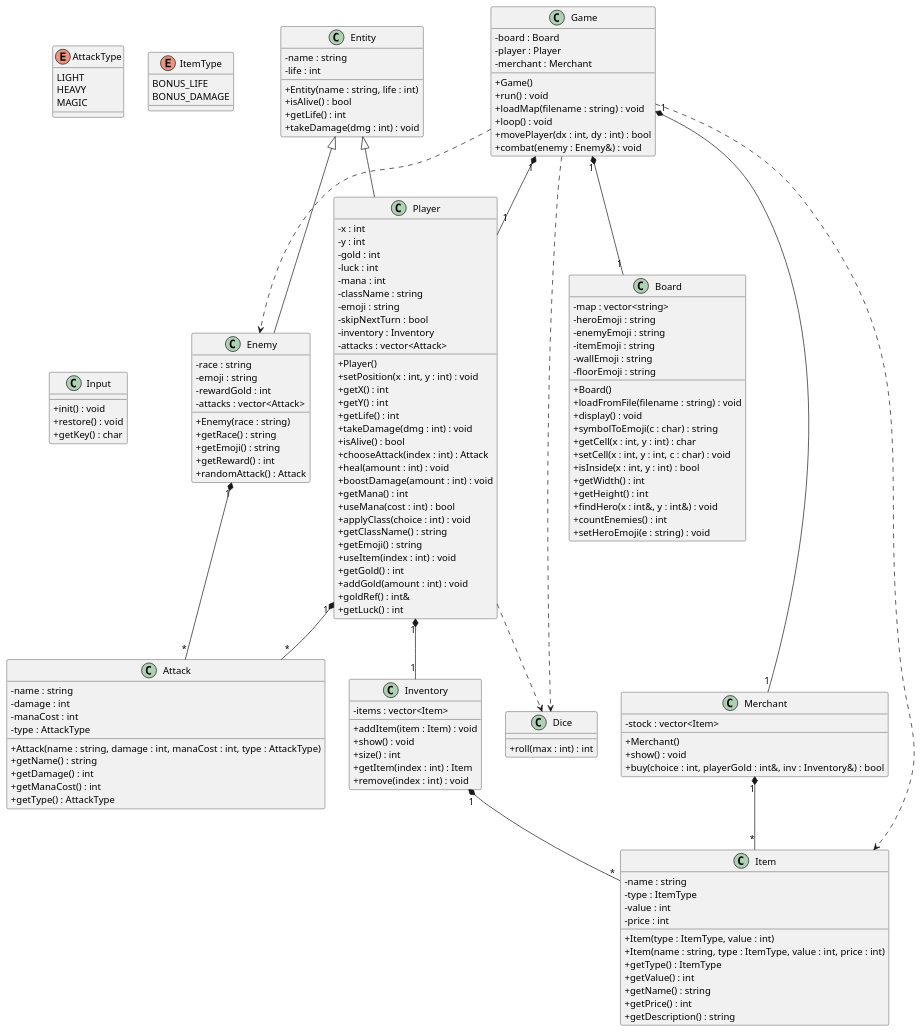
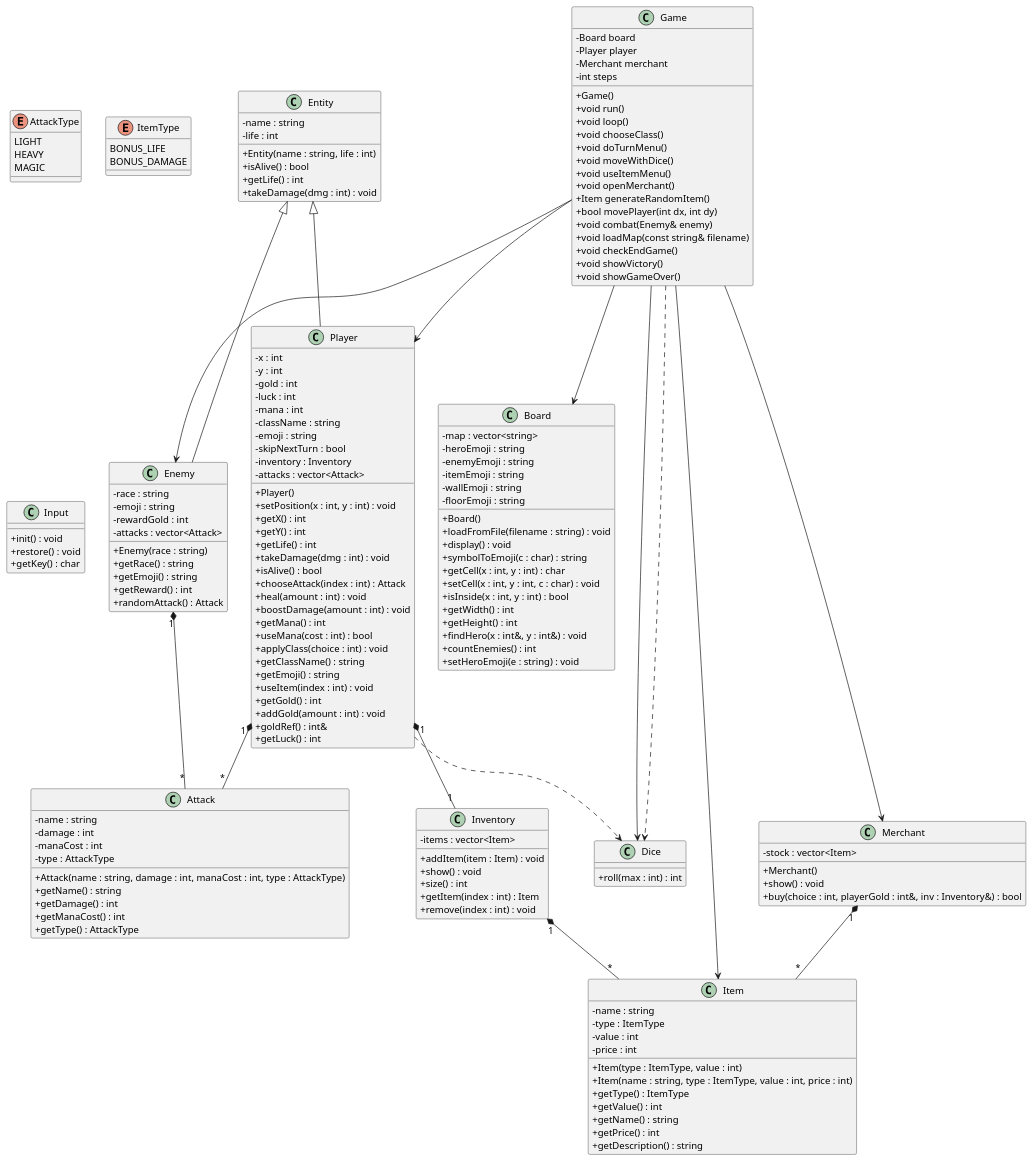
The diagram in UML.puml (Specht1000/POO-RPG), drawn with PlantUML before and after one commit. The commit also changed 2 other files, not shown here.

Commit message:
UML updated

```diff
--- a/UML.puml
+++ b/UML.puml
@@ -165,26 +165,34 @@
   + setHeroEmoji(e : string) : void
 }
 
-'====================
-' GAME (CONTROLEUR)
-'====================
 class Game {
-  - board : Board
-  - player : Player
-  - merchant : Merchant
-  + Game()
-  + run() : void
-  + loadMap(filename : string) : void
-  + loop() : void
-  + movePlayer(dx : int, dy : int) : bool
-  + combat(enemy : Enemy&) : void
+    - Board board
+    - Player player
+    - Merchant merchant
+    - int steps
+    + Game()
+    + void run()
+    + void loop()
+    + void chooseClass()
+    + void doTurnMenu()
+    + void moveWithDice()
+    + void useItemMenu()
+    + void openMerchant()
+    + Item generateRandomItem()
+    + bool movePlayer(int dx, int dy)
+    + void combat(Enemy& enemy)
+    + void loadMap(const string& filename)
+    + void checkEndGame()
+    + void showVictory()
+    + void showGameOver()
 }
 
-Game "1" *-- "1" Board
-Game "1" *-- "1" Player
-Game "1" *-- "1" Merchant
-Game ..> Enemy
-Game ..> Item
+Game --> Board
+Game --> Player
+Game --> Merchant
+Game --> Dice
+Game --> Item
+Game --> Enemy
 
 '====================
 ' UTILITAIRES
```
